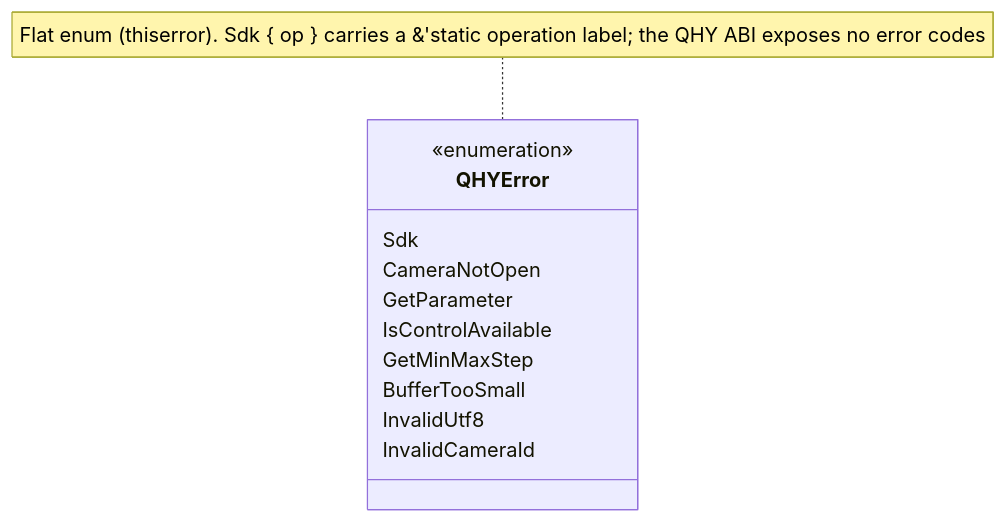
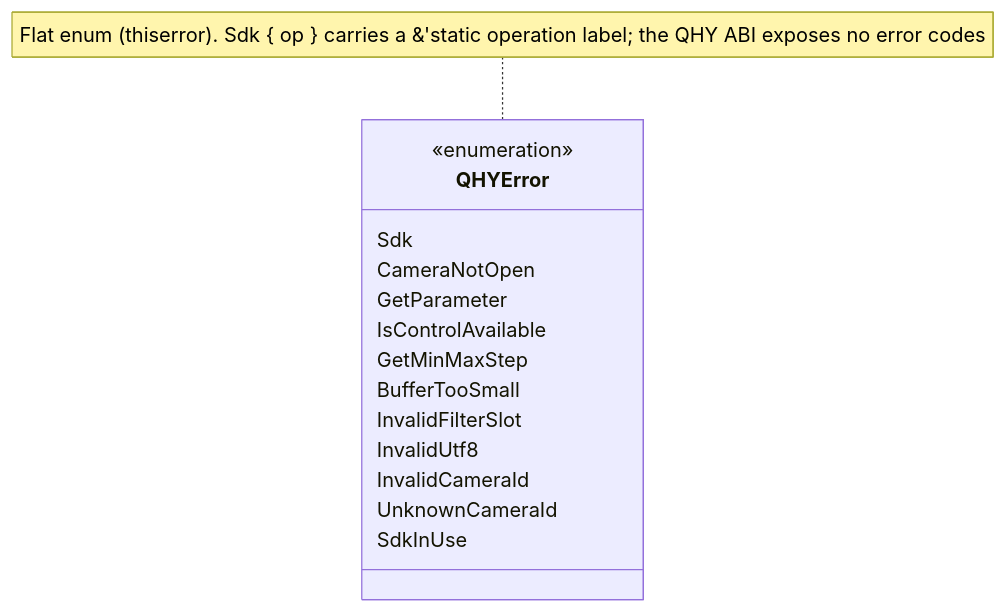
The tenth of 19 diagrams in crates/qhyccd-rs/docs/qhyccd-rs.md (rusty-photon/rusty-photon), drawn with Mermaid before and after one commit. The commit also changed other lines of this file and 159 other files, not shown here.

````diff
--- a/crates/qhyccd-rs/docs/qhyccd-rs.md
+++ b/crates/qhyccd-rs/docs/qhyccd-rs.md
@@ -459,16 +460,19 @@
 ```mermaid
 classDiagram
     class QHYError {
         <<enumeration>>
         Sdk
         CameraNotOpen
         GetParameter
         IsControlAvailable
         GetMinMaxStep
         BufferTooSmall
+        InvalidFilterSlot
         InvalidUtf8
         InvalidCameraId
+        UnknownCameraId
+        SdkInUse
     }
 
     note for QHYError "Flat enum (thiserror). Sdk { op } carries a &'static operation label; the QHY ABI exposes no error codes"
 ```
````
